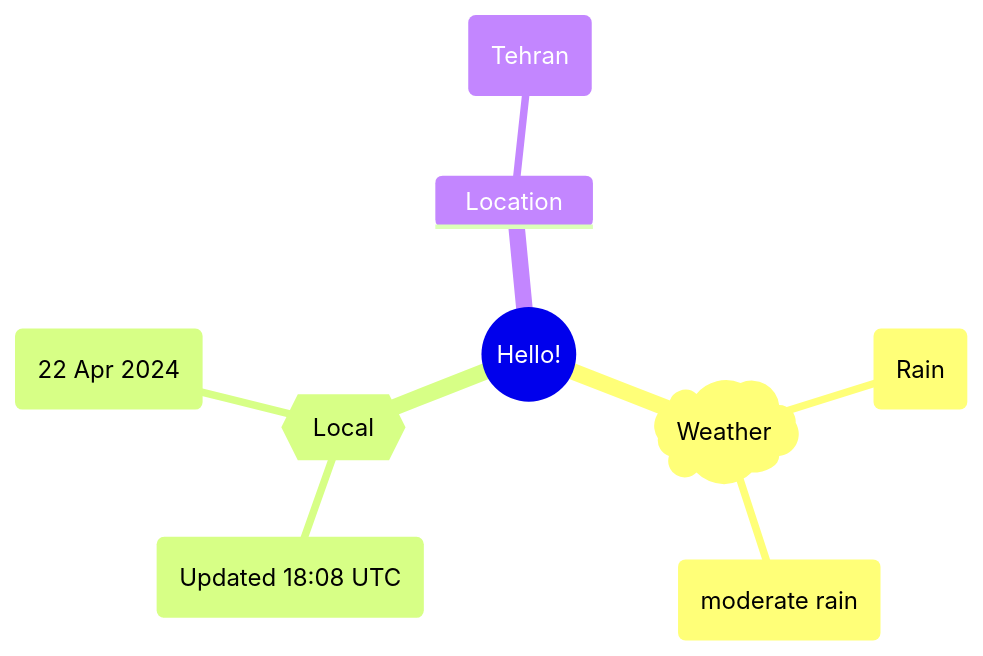
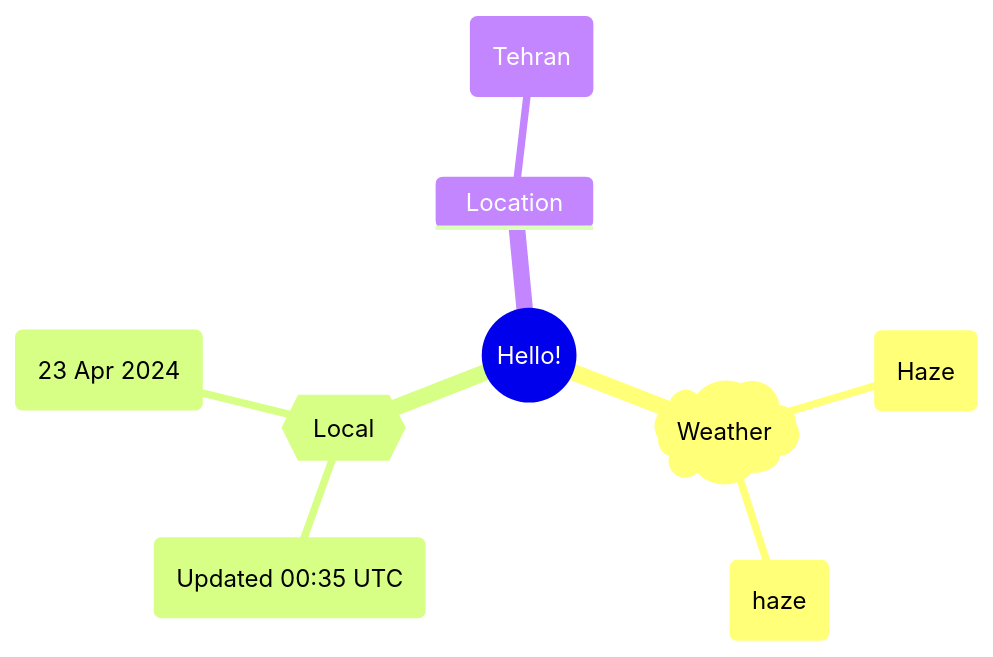
Before and after one commit to Xosrov/Xosrov: the first of 2 diagrams in README.md, drawn with Mermaid.

Commit message:
[bot] updated images

````diff
--- a/README.md
+++ b/README.md
@@ -3,12 +3,12 @@
 ```mermaid
 mindmap
   root((Hello!))
     )Weather(
-        (Rain)
-        (moderate rain)
+        (Haze)
+        (haze)
     {{Local}}
-        (Updated 18:08 UTC)
-        (22 Apr 2024)
+        (Updated 00:35 UTC)
+        (23 Apr 2024)
     Location
         (Tehran)
 ```
````
